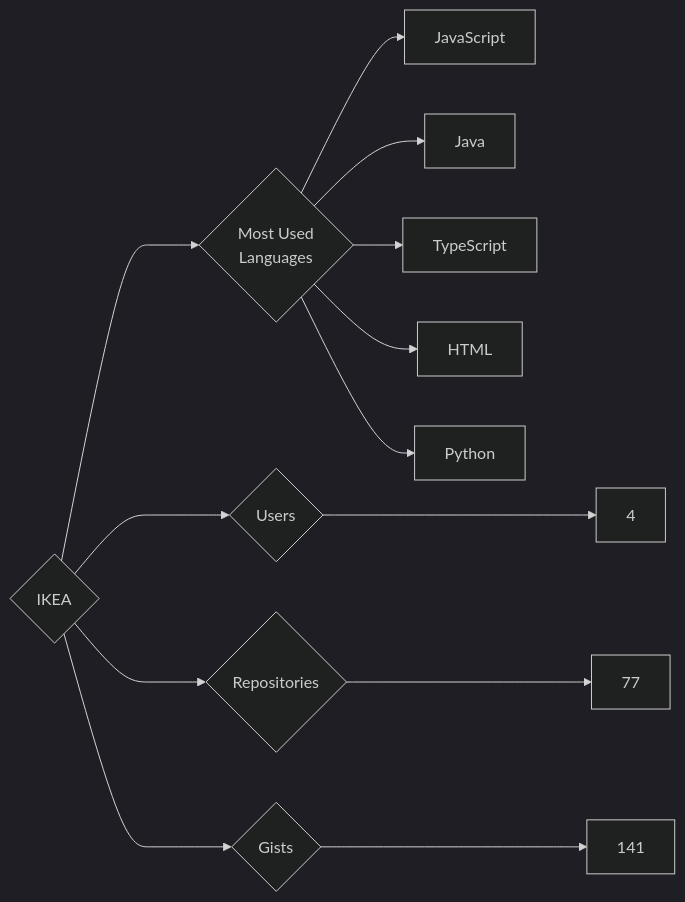
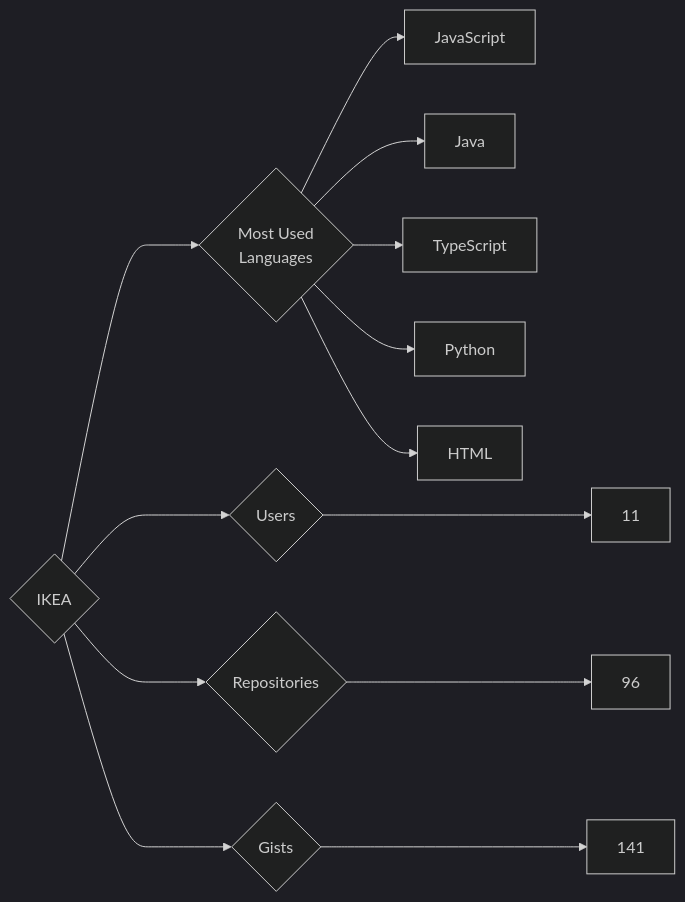
One commit to trickest/insiders changed the diagram in targets/IKEA/README.md. Above: the diagram before and after it, drawn with Mermaid (dark theme). The commit also changed 1195 other files, not shown here.

````diff
--- a/targets/IKEA/README.md
+++ b/targets/IKEA/README.md
@@ -3,13 +3,13 @@
 ```mermaid
 graph LR
 COMPANY_NAME{IKEA}
-COMPANY_NAME ---> U{Users} ---> UN[4]
-COMPANY_NAME ---> R{Repositories} ---> RN[77]
+COMPANY_NAME ---> U{Users} ---> UN[11]
+COMPANY_NAME ---> R{Repositories} ---> RN[96]
 COMPANY_NAME ---> G{Gists} ---> GN[141]
 COMPANY_NAME ---> ML{Most Used<br>Languages}
 ML --> JavaScript[JavaScript]
 ML --> Java[Java]
 ML --> TypeScript[TypeScript]
+ML --> Python[Python]
 ML --> HTML[HTML]
-ML --> Python[Python]
 ```
````
